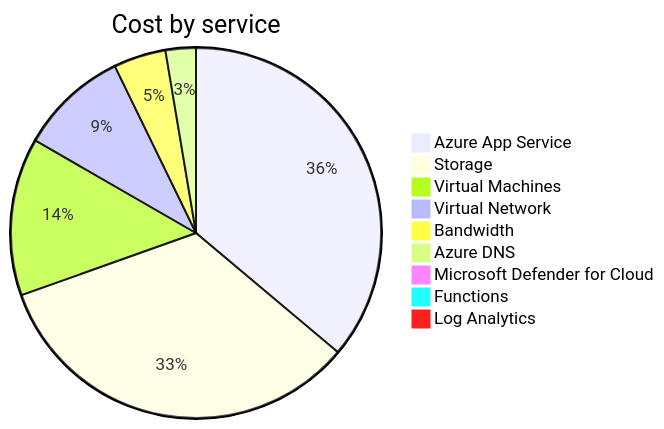
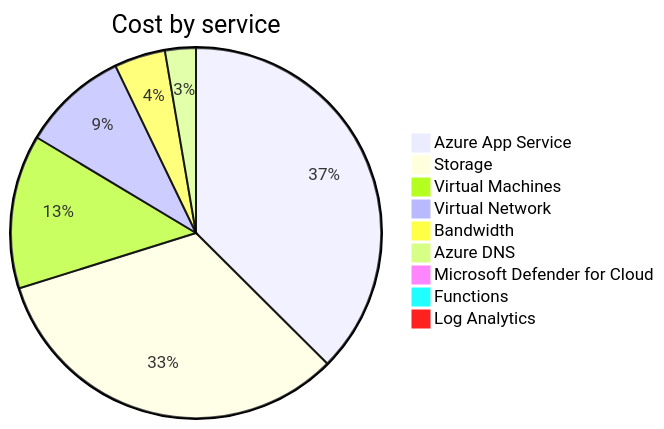
Before and after one commit to jpfulton/azure-personal-reports: the second of 4 diagrams in cost-reports/accumulated-cost.md, drawn with Mermaid. The commit also changed other lines of this file and 4 other files, not shown here.

````diff
--- a/cost-reports/accumulated-cost.md
+++ b/cost-reports/accumulated-cost.md
@@ -103,13 +103,13 @@
 ```mermaid
 pie
    title Cost by service
-   "Azure App Service" : 9.42
-   "Storage" : 8.72
+   "Azure App Service" : 10.01
+   "Storage" : 8.74
    "Virtual Machines" : 3.59
    "Virtual Network" : 2.47
    "Bandwidth" : 1.19
-   "Azure DNS" : 0.69
+   "Azure DNS" : 0.72
    "Microsoft Defender for Cloud" : 0.10
    "Functions" : 0.00
    "Log Analytics" : 0.00
 ```
````
